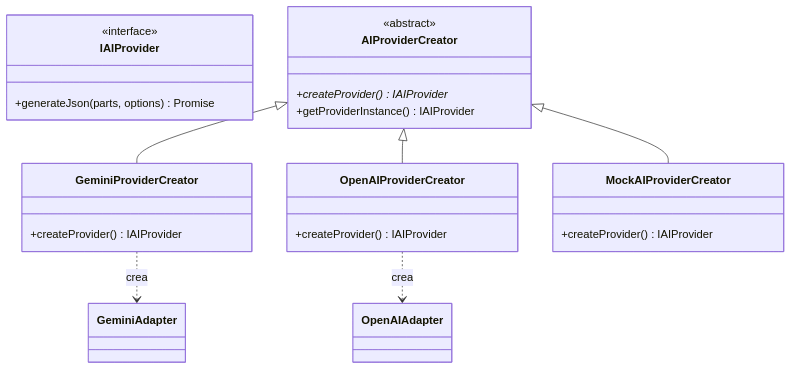
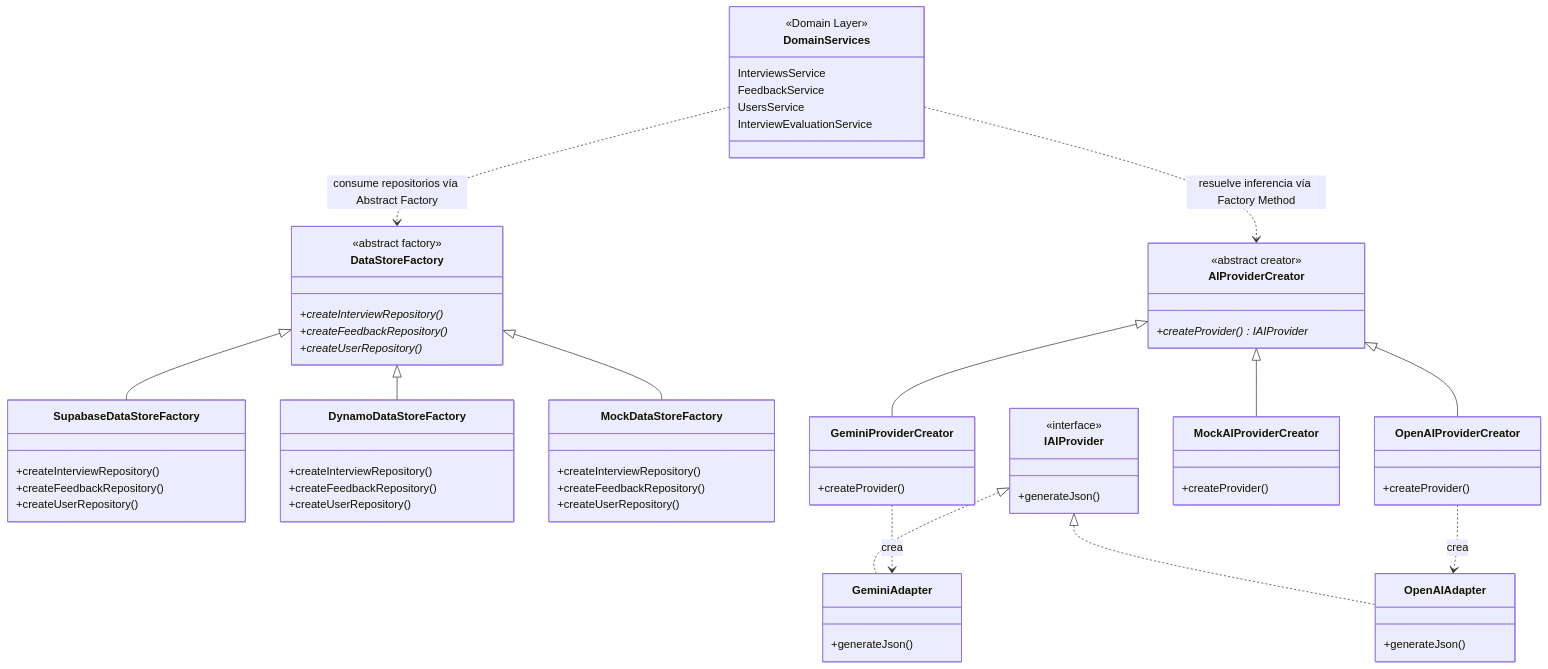
One commit to hernangtrz/DevCareer-AI-PATRONES changed the second of 2 diagrams in README.md. Above: the diagram before and after it, drawn with Mermaid. The commit also changed other lines of this file, not shown here.

````diff
--- a/README.md
+++ b/README.md
@@ -109,27 +82,78 @@
 ```mermaid
 classDiagram
     direction TB
-    class IAIProvider {
-        <<interface>>
-        +generateJson(parts, options) Promise
+
+    %% Capa de Dominio
+    class DomainServices {
+        <<Domain Layer>>
+        InterviewsService
+        FeedbackService
+        UsersService
+        InterviewEvaluationService
     }
+
+    %% Abstract Factory (Persistencia)
+    class DataStoreFactory {
+        <<abstract factory>>
+        +createInterviewRepository()*
+        +createFeedbackRepository()*
+        +createUserRepository()*
+    }
+    class SupabaseDataStoreFactory {
+        +createInterviewRepository()
+        +createFeedbackRepository()
+        +createUserRepository()
+    }
+    class DynamoDataStoreFactory {
+        +createInterviewRepository()
+        +createFeedbackRepository()
+        +createUserRepository()
+    }
+    class MockDataStoreFactory {
+        +createInterviewRepository()
+        +createFeedbackRepository()
+        +createUserRepository()
+    }
+    DataStoreFactory <|-- SupabaseDataStoreFactory
+    DataStoreFactory <|-- DynamoDataStoreFactory
+    DataStoreFactory <|-- MockDataStoreFactory
+
+    %% Factory Method (Proveedores de IA)
     class AIProviderCreator {
-        <<abstract>>
+        <<abstract creator>>
         +createProvider()* IAIProvider
-        +getProviderInstance() IAIProvider
     }
     class GeminiProviderCreator {
-        +createProvider() IAIProvider
+        +createProvider()
     }
     class OpenAIProviderCreator {
-        +createProvider() IAIProvider
+        +createProvider()
     }
     class MockAIProviderCreator {
-        +createProvider() IAIProvider
+        +createProvider()
     }
     AIProviderCreator <|-- GeminiProviderCreator
     AIProviderCreator <|-- OpenAIProviderCreator
     AIProviderCreator <|-- MockAIProviderCreator
+
+    %% Interfaces y Adaptadores
+    class IAIProvider {
+        <<interface>>
+        +generateJson()
+    }
+    class GeminiAdapter {
+        +generateJson()
+    }
+    class OpenAIAdapter {
+        +generateJson()
+    }
+    IAIProvider <|.. GeminiAdapter
+    IAIProvider <|.. OpenAIAdapter
+
     GeminiProviderCreator ..> GeminiAdapter : crea
     OpenAIProviderCreator ..> OpenAIAdapter : crea
+
+    %% Conexiones de Dominio
+    DomainServices ..> DataStoreFactory : consume repositorios vía Abstract Factory
+    DomainServices ..> AIProviderCreator : resuelve inferencia vía Factory Method
 ```
````
